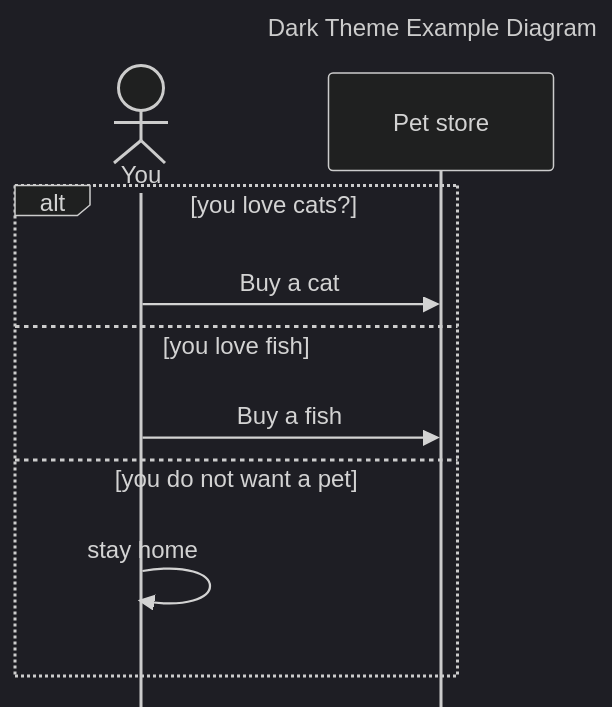
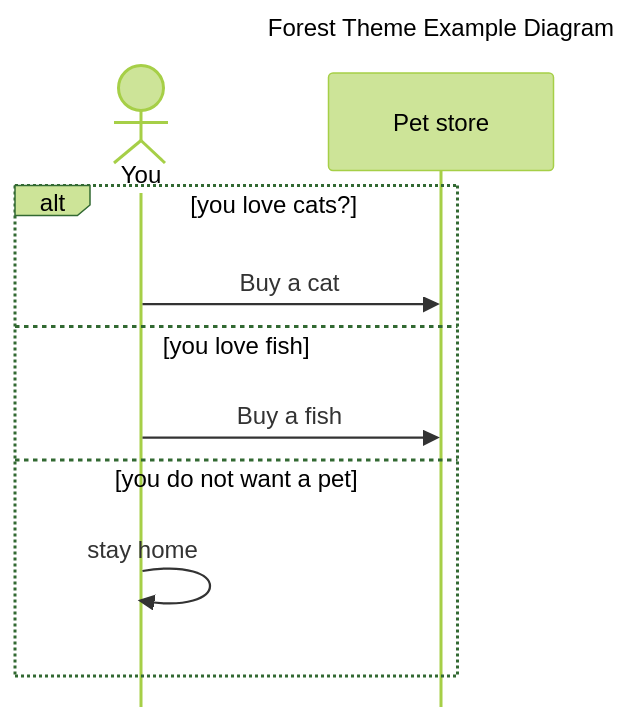
Before and after one commit to carolyncole/mermaid-wintersession: the sixth of 6 diagrams in cheat-sheet.md, drawn with Mermaid.

Commit message:
Using forest since dark is weird

````diff
--- a/cheat-sheet.md
+++ b/cheat-sheet.md
@@ -89,20 +89,20 @@
   ```mermaid
-  %%{init: { 'theme': 'dark',
+  %%{init: { 'theme': 'forest',
              'sequence': {'useMaxWidth':false, 
                           'mirrorActors':false,   
                           'diagramMarginX': 10
                           } 
             } 
   }%%
   sequenceDiagram
-    title Dark Theme Example Diagram
+    title Forest Theme Example Diagram
     actor you as You
     participant store as Pet store
     alt you love cats?
       you->>store: Buy a cat
     else you love fish
       you->>store: Buy a fish
     else you do not want a pet
       you->>you: stay home
     end  
   ```
````
